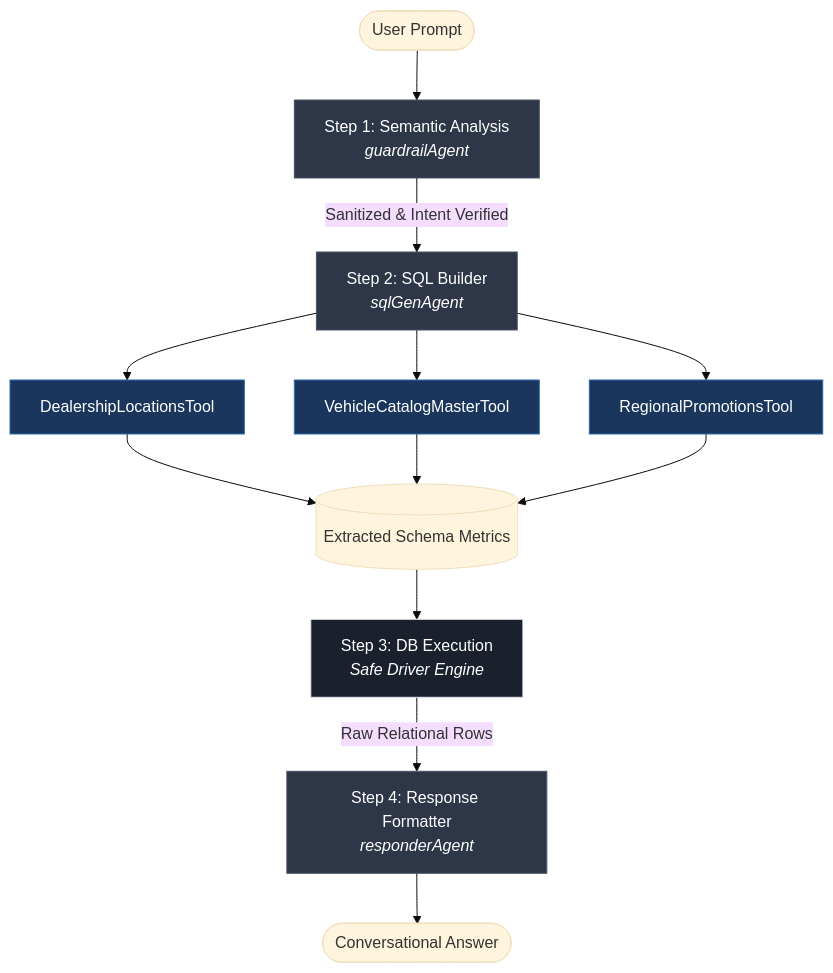
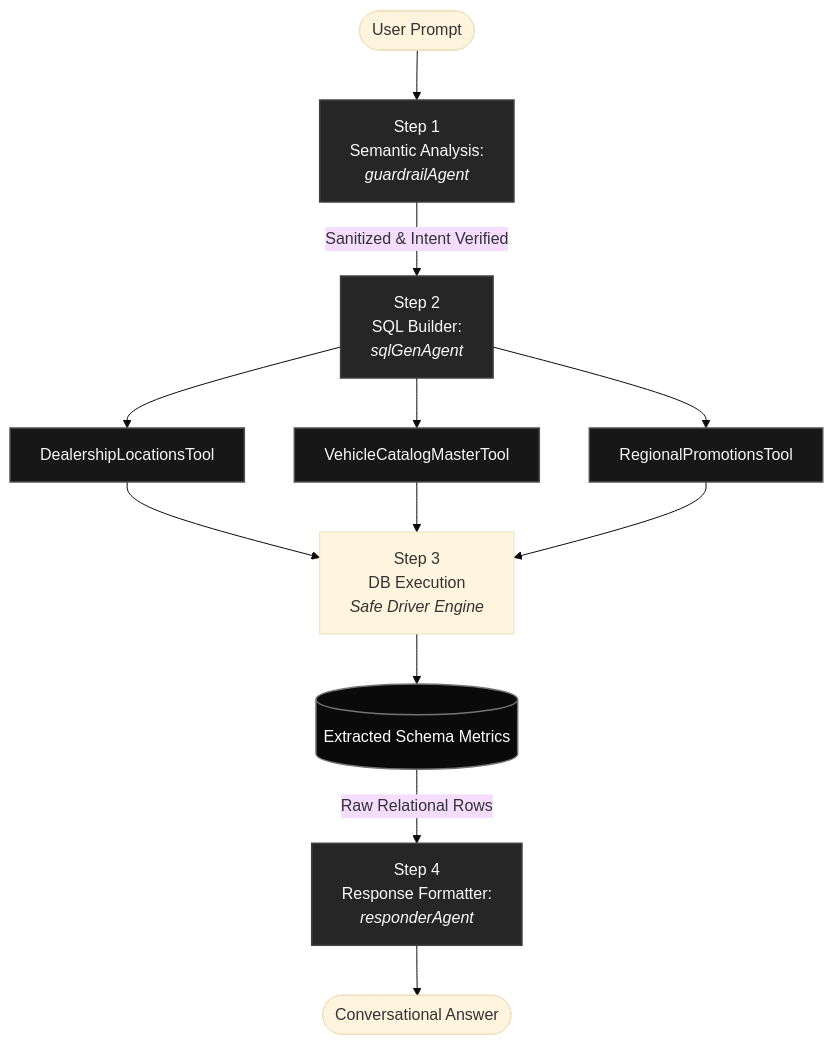
The diagram in README.md (Viji-RaviChandran/mastra-car-dealership-workflow), drawn with Mermaid (base theme) before and after one commit. The commit also changed other lines of this file, not shown here.

````diff
--- a/README.md
+++ b/README.md
@@ -24,28 +24,30 @@
 ```mermaid
 flowchart TD
-    A([User Prompt]) --> B[Step 1: Semantic Analysis<br/><i>guardrailAgent</i>]
+    A([User Prompt]) --> B[Step 1 <br/>Semantic Analysis: <br/><i>guardrailAgent</i>]
     
-    B -->|Sanitized & Intent Verified| C[Step 2: SQL Builder<br/><i>sqlGenAgent</i>]
+    B -->|Sanitized & Intent Verified| C[Step 2 <br/>SQL Builder: <br/><i>sqlGenAgent</i>]
     
     C --> D1[DealershipLocationsTool]
     C --> D2[VehicleCatalogMasterTool]
     C --> D3[RegionalPromotionsTool]
     
-    D1 --> E[(Extracted Schema Metrics)]
+    D1 --> E[Step 3 <br/>DB Execution<br/><i>Safe Driver Engine</i>]
     D2 --> E
     D3 --> E
     
-    E --> F[Step 3: DB Execution<br/><i>Safe Driver Engine</i>]
+    E --> F[(Extracted Schema Metrics)]
+
     
-    F -->|Raw Relational Rows| G[Step 4: Response Formatter<br/><i>responderAgent</i>]
+    
+    F -->|Raw Relational Rows| G[Step 4 <br/>Response Formatter: <br/><i>responderAgent</i>]
     
     G --> H([Conversational Answer])
 
-    classDef agent fill:#2d3748,stroke:#4a5568,stroke-width:1px,color:#fff;
-    classDef tool fill:#1a365d,stroke:#2b6cb0,stroke-width:1px,color:#fff;
-    classDef step fill:#1a202c,stroke:#e2e8f0,stroke-width:1px,color:#fff;
-    
+    classDef agent fill:#262626,stroke:#404040,stroke-width:1.5px,color:#fafafa;
+    classDef tool  fill:#171717,stroke:#525252,stroke-width:1.5px,color:#f5f5f5;
+    classDef step  fill:#0a0a0a,stroke:#737373,stroke-width:1.5px,color:#ffffff;
+
     class B,C,G agent;
     class D1,D2,D3 tool;
     class F step;
 ```
````
